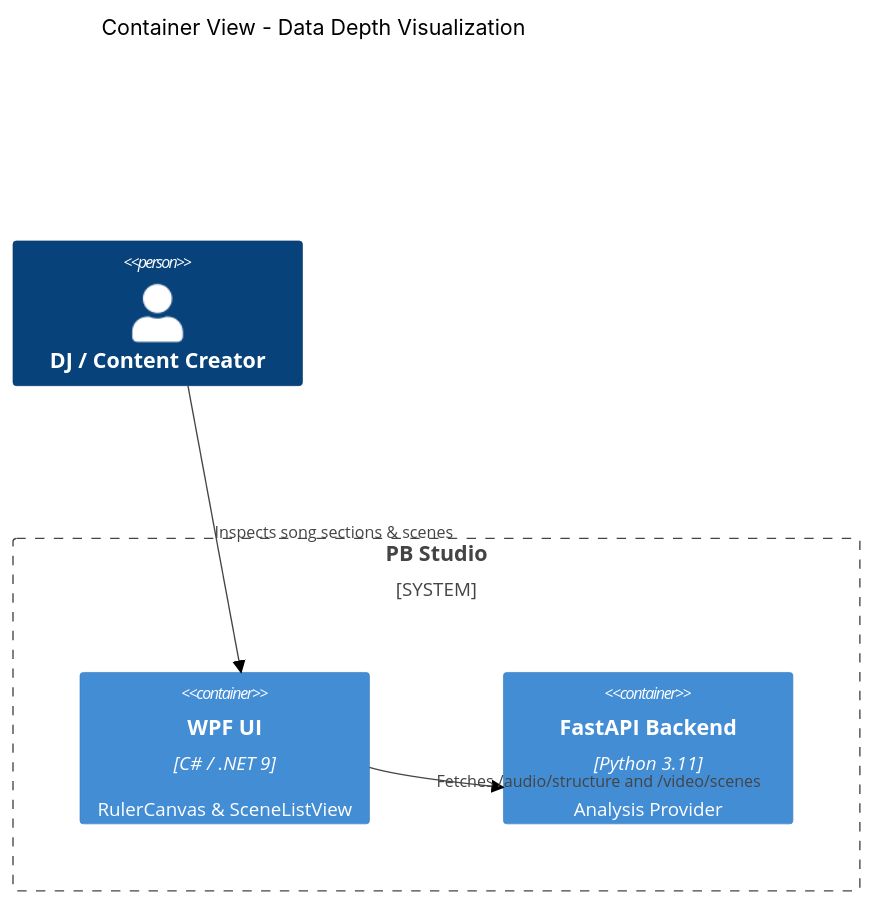
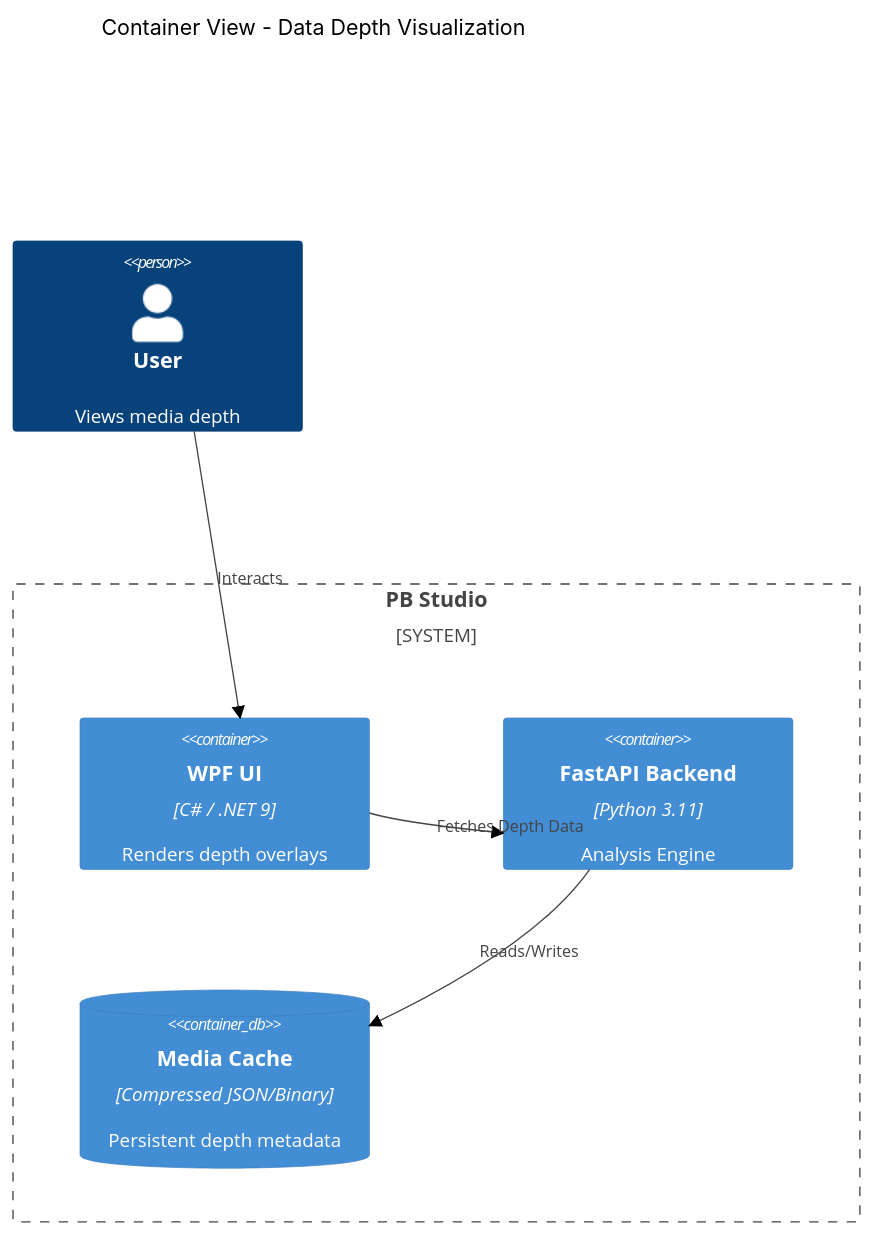
One commit to Crusty696/pb-studio-amd changed the diagram in specs/00009-data-depth-visualization/plan.md. Above: the diagram before and after it, drawn with Mermaid (neutral theme). The commit also changed other lines of this file and 25 other files, not shown here.

First line of the commit message:
feat(ux): data depth visualization (Spec 00009)

````diff
--- a/specs/00009-data-depth-visualization/plan.md
+++ b/specs/00009-data-depth-visualization/plan.md
@@ -32,11 +32,13 @@
 ```mermaid
 C4Container
     title Container View - Data Depth Visualization
-    Person(user, "DJ / Content Creator")
-    System_Boundary(system, "PB Studio") {
-        Container(wpf, "WPF UI", "C# / .NET 9", "RulerCanvas & SceneListView")
-        Container(api, "FastAPI Backend", "Python 3.11", "Analysis Provider")
+    Person(user, "User", "Views media depth")
+    System_Boundary(pb, "PB Studio") {
+        Container(wpf, "WPF UI", "C# / .NET 9", "Renders depth overlays")
+        Container(api, "FastAPI Backend", "Python 3.11", "Analysis Engine")
+        ContainerDb(cache, "Media Cache", "Compressed JSON/Binary", "Persistent depth metadata")
     }
-    Rel(user, wpf, "Inspects song sections & scenes")
-    Rel(wpf, api, "Fetches /audio/structure and /video/scenes")
+    Rel(user, wpf, "Interacts")
+    Rel(wpf, api, "Fetches Depth Data")
+    Rel(api, cache, "Reads/Writes")
 ```
````
